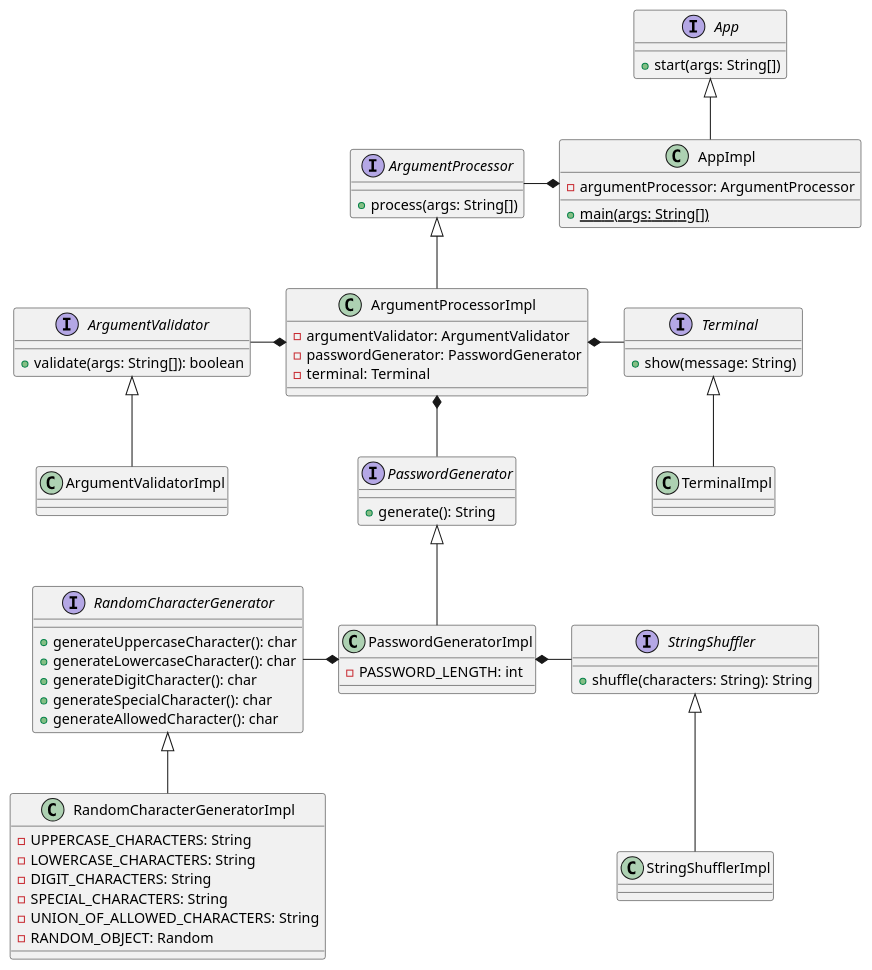
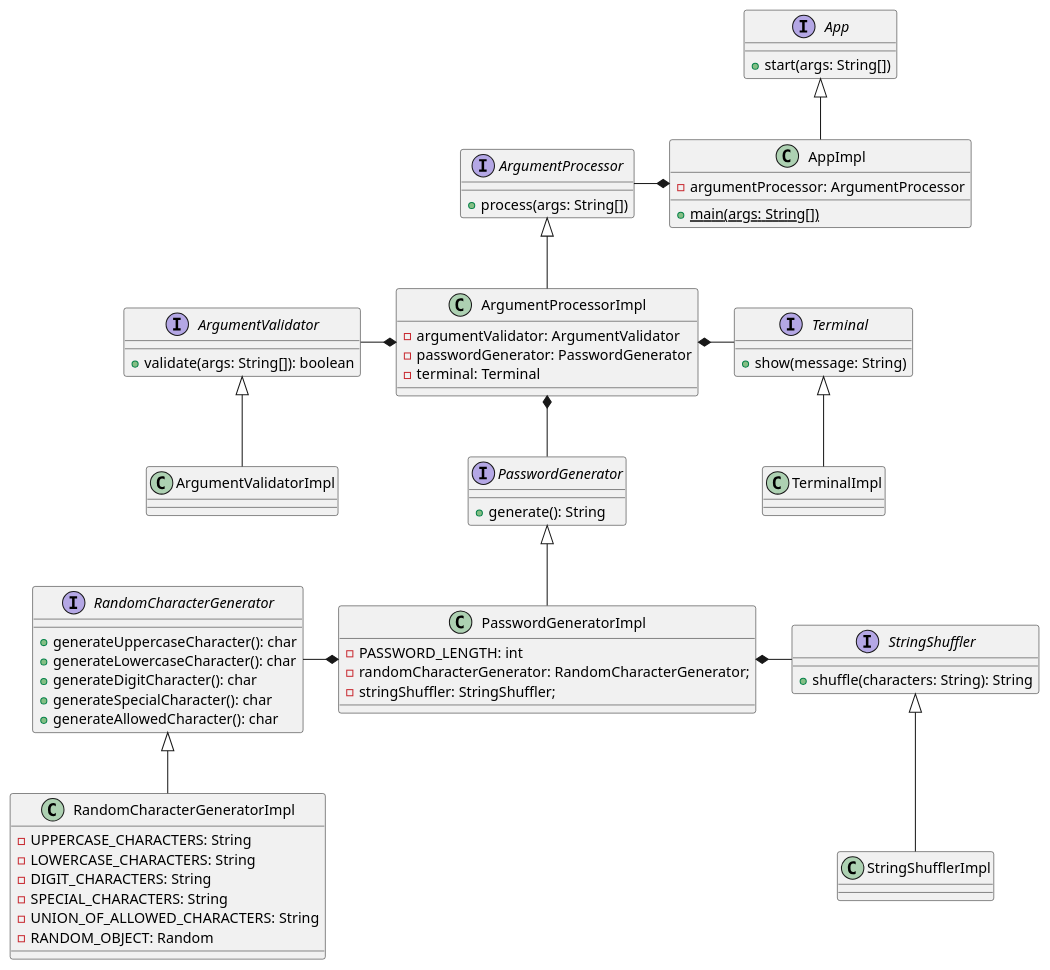
One commit to djvelimir/demo-java-cli changed the diagram in diagrams/Class.puml. Above: the diagram before and after it, drawn with PlantUML.

Commit message:
Update class diagram

```diff
--- a/diagrams/Class.puml
+++ b/diagrams/Class.puml
@@ -1,85 +1,87 @@
 @startuml
 'https://plantuml.com/class-diagram
 
 interface App {
     + start(args: String[])
 }
 
 class AppImpl {
     - argumentProcessor: ArgumentProcessor
     + {static} main(args: String[])
 }
 
 interface ArgumentValidator {
     + validate(args: String[]): boolean
 }
 
 class ArgumentValidatorImpl {
 }
 
 interface ArgumentProcessor {
     + process(args: String[])
 }
 
 class ArgumentProcessorImpl {
     - argumentValidator: ArgumentValidator
     - passwordGenerator: PasswordGenerator
     - terminal: Terminal
 }
 
 interface Terminal {
     + show(message: String)
 }
 
 class TerminalImpl {
 }
 
 interface PasswordGenerator {
     + generate(): String
 }
 
 class PasswordGeneratorImpl {
     - PASSWORD_LENGTH: int
+    - randomCharacterGenerator: RandomCharacterGenerator;
+    - stringShuffler: StringShuffler;
 }
 
 interface RandomCharacterGenerator {
     + generateUppercaseCharacter(): char
     + generateLowercaseCharacter(): char
     + generateDigitCharacter(): char
     + generateSpecialCharacter(): char
     + generateAllowedCharacter(): char
 }
 
 class RandomCharacterGeneratorImpl {
     - UPPERCASE_CHARACTERS: String
     - LOWERCASE_CHARACTERS: String
     - DIGIT_CHARACTERS: String
     - SPECIAL_CHARACTERS: String
     - UNION_OF_ALLOWED_CHARACTERS: String
     - RANDOM_OBJECT: Random
 }
 
 interface StringShuffler {
     + shuffle(characters: String): String
 }
 
 class StringShufflerImpl {
 }
 
 ArgumentValidator <|-- ArgumentValidatorImpl
 ArgumentProcessor <|-- ArgumentProcessorImpl
 Terminal <|-- TerminalImpl
 PasswordGenerator <|-- PasswordGeneratorImpl
 RandomCharacterGenerator <|-- RandomCharacterGeneratorImpl
 StringShuffler <|-- StringShufflerImpl
 App <|-- AppImpl
 
 AppImpl *--l ArgumentProcessor
 
 ArgumentProcessorImpl *--l ArgumentValidator
 ArgumentProcessorImpl *--d PasswordGenerator
 ArgumentProcessorImpl *--r Terminal
 
 PasswordGeneratorImpl *--l RandomCharacterGenerator
 PasswordGeneratorImpl *--r StringShuffler
 @enduml
```
